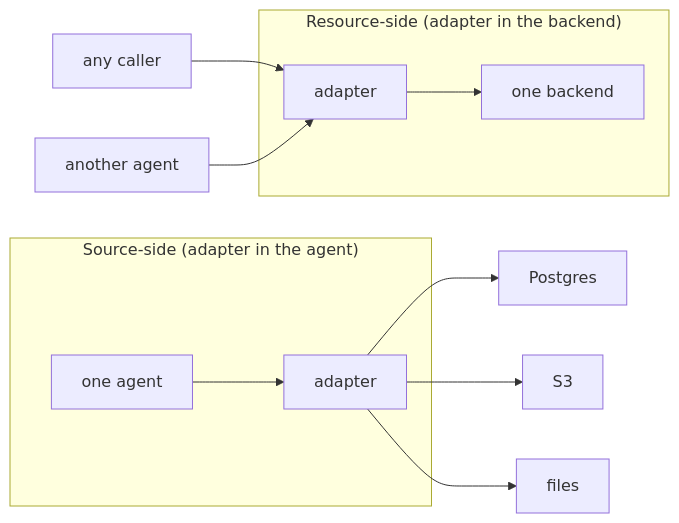
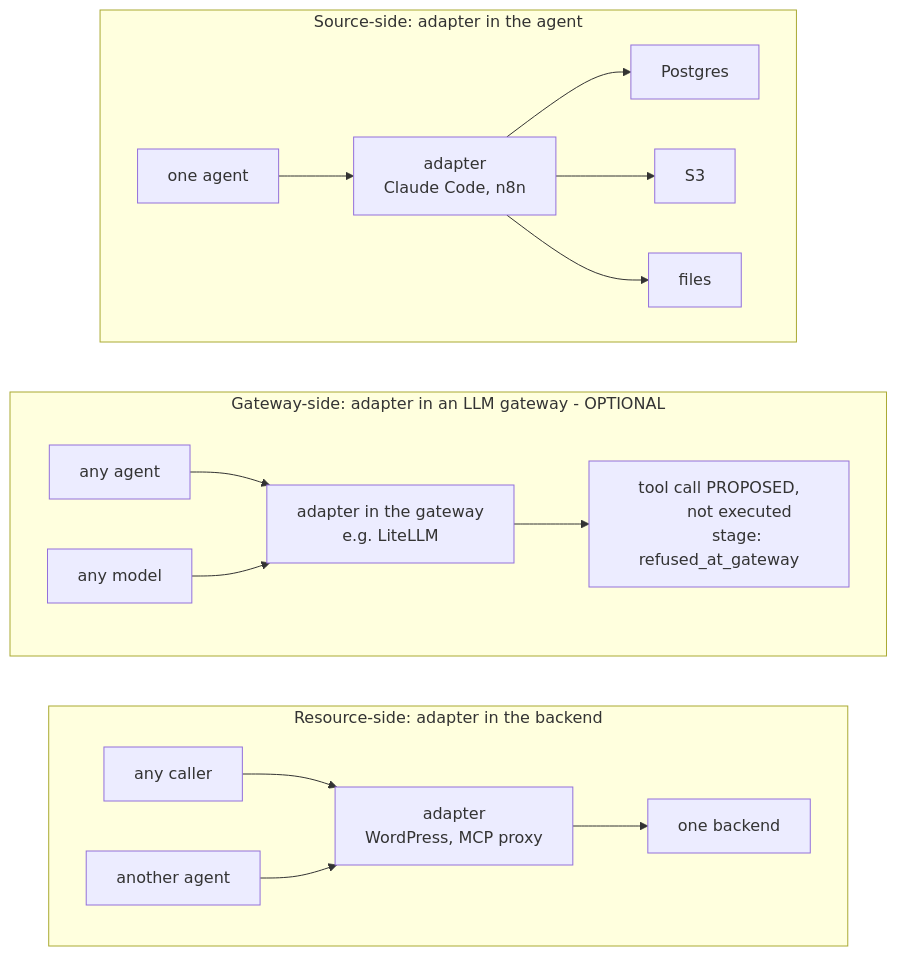
Before and after one commit to Reeflex-io/reeflex: the sixth of 6 diagrams in docs/architecture/diagrams.md, drawn with Mermaid. The commit also changed other lines of this file and 7 other files, not shown here.

First line of the commit message:
docs: how a verdict is reached — the missing diagram, and the R0–R7 rule count (RFX-254) (#140)

````diff
--- a/docs/architecture/diagrams.md
+++ b/docs/architecture/diagrams.md
@@ -93,14 +387,32 @@
 ```mermaid
-flowchart LR
-    subgraph SRC["Source-side (adapter in the agent)"]
-        AG["one agent"] --> AD1["adapter"]
+flowchart TB
+    subgraph SRC["Source-side: adapter in the agent"]
+        direction LR
+        AG["one agent"] --> AD1["adapter
+        Claude Code, n8n"]
+        AD1 --> B1["Postgres"]
+        AD1 --> B2["S3"]
+        AD1 --> B3["files"]
     end
-    AD1 --> B1["Postgres"]
-    AD1 --> B2["S3"]
-    AD1 --> B3["files"]
-    subgraph RES["Resource-side (adapter in the backend)"]
-        AD2["adapter"] --> DB["one backend"]
+
+    subgraph GW["Gateway-side: adapter in an LLM gateway - OPTIONAL"]
+        direction LR
+        G1["any agent"] --> AD3["adapter in the gateway
+        e.g. LiteLLM"]
+        G2["any model"] --> AD3
+        AD3 --> P1["tool call PROPOSED,
+        not executed
+        stage: refused_at_gateway"]
     end
-    C1["any caller"] --> AD2
-    C2["another agent"] --> AD2
+
+    subgraph RES["Resource-side: adapter in the backend"]
+        direction LR
+        C1["any caller"] --> AD2["adapter
+        WordPress, MCP proxy"]
+        C2["another agent"] --> AD2
+        AD2 --> DB["one backend"]
+    end
+
+    %% Invisible links: keep the three seams in reading order.
+    SRC ~~~ GW ~~~ RES
 ```
````
